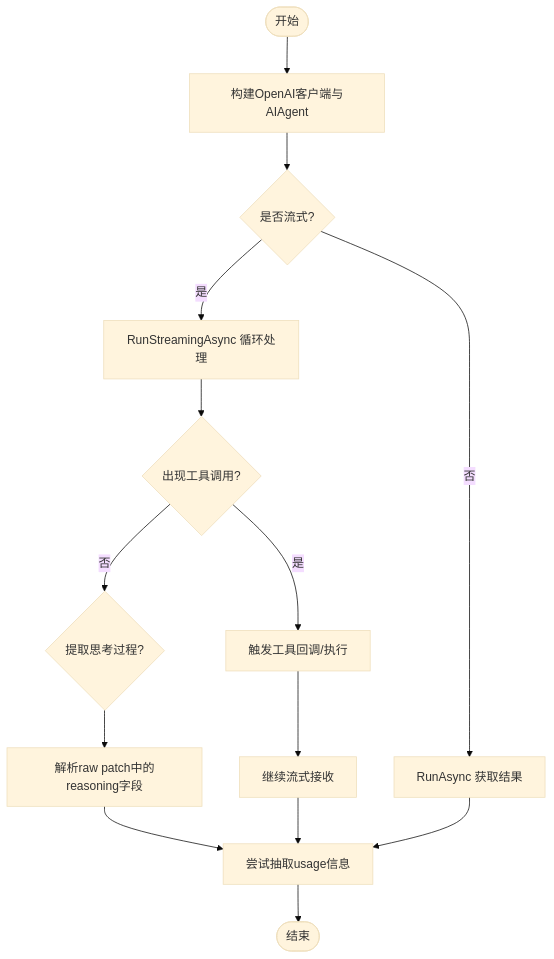
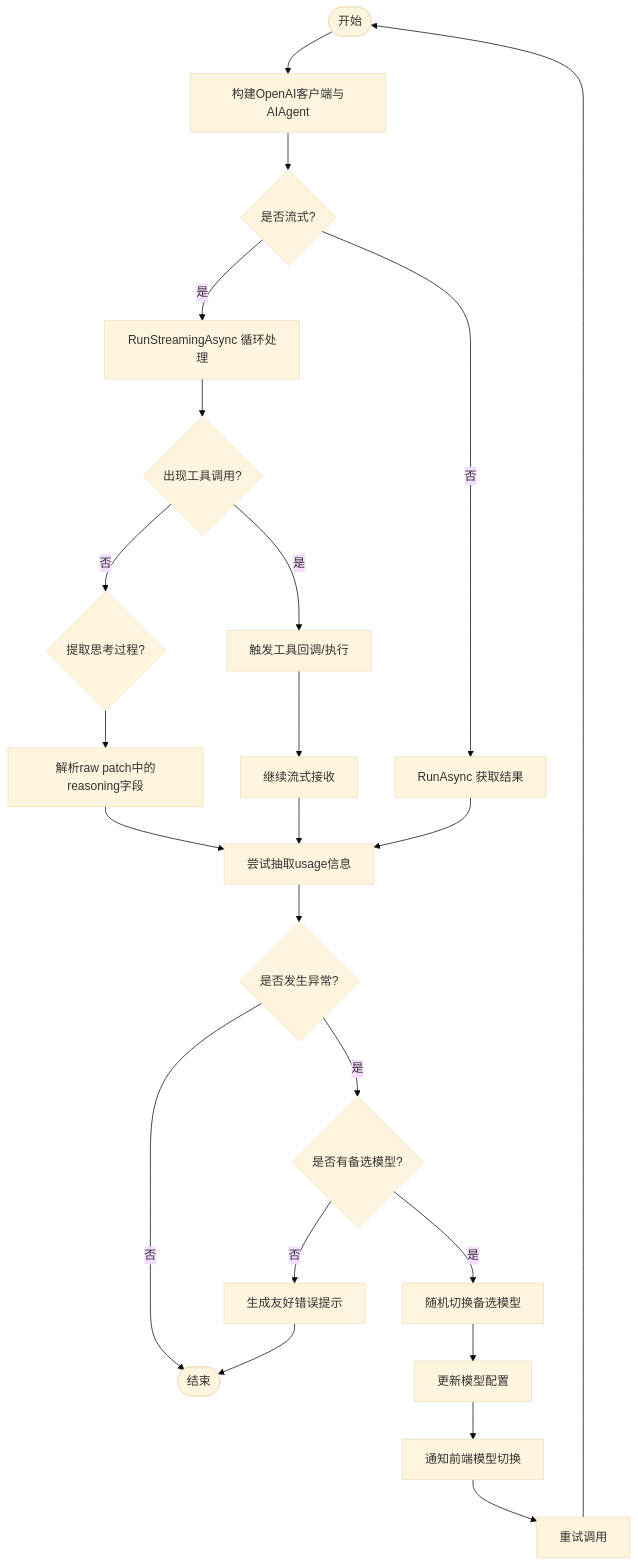
One commit to junkai-li/NetCoreKevin changed the third of 9 diagrams in .qoder/repowiki/zh/content/AI智能体/AI智能体.md. Above: the diagram before and after it, drawn with Mermaid (base theme). The commit also changed other lines of this file and 7 other files, not shown here.

````diff
--- a/.qoder/repowiki/zh/content/AI智能体/AI智能体.md
+++ b/.qoder/repowiki/zh/content/AI智能体/AI智能体.md
@@ -149,16 +182,25 @@
 ```mermaid
 flowchart TD
 Start(["开始"]) --> Build["构建OpenAI客户端与AIAgent"]
 Build --> Mode{"是否流式?"}
 Mode --> |是| Stream["RunStreamingAsync 循环处理"]
 Mode --> |否| NonStream["RunAsync 获取结果"]
 Stream --> ToolCall{"出现工具调用?"}
 ToolCall --> |是| InvokeTool["触发工具回调/执行"]
 InvokeTool --> Continue["继续流式接收"]
 ToolCall --> |否| Reasoning{"提取思考过程?"}
 Reasoning --> Extract["解析raw patch中的reasoning字段"]
 Extract --> Usage["尝试抽取usage信息"]
 Continue --> Usage
 NonStream --> Usage
-Usage --> End(["结束"])
+Usage --> ErrorCheck{"是否发生异常?"}
+ErrorCheck --> |否| End(["结束"])
+ErrorCheck --> |是| FallbackCheck{"是否有备选模型?"}
+FallbackCheck --> |是| SwitchModel["随机切换备选模型"]
+SwitchModel --> UpdateConfig["更新模型配置"]
+UpdateConfig --> Notify["通知前端模型切换"]
+Notify --> Retry["重试调用"]
+Retry --> Start
+FallbackCheck --> |否| FriendlyMsg["生成友好错误提示"]
+FriendlyMsg --> End
 ```
````
